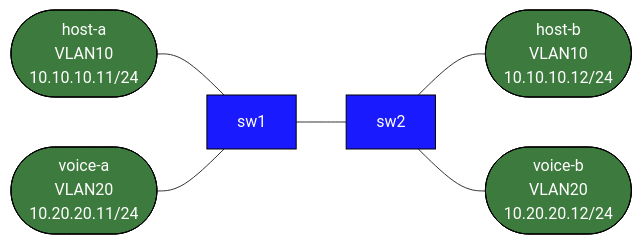
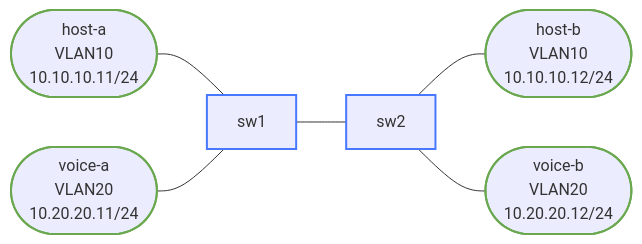
The diagram in labs/vlan-trunks-switchport-basics/README.md (jschless/networkingLabs), drawn with Mermaid before and after one commit. The commit also changed 250 other files, not shown here.

Commit message:
Fix unreadable topology diagrams, convert ASCII art, publish assessments (#57)

````diff
--- a/labs/vlan-trunks-switchport-basics/README.md
+++ b/labs/vlan-trunks-switchport-basics/README.md
@@ -20,20 +20,20 @@
 ```mermaid
 flowchart LR
-    ha(["host-a\nVLAN10\n10.10.10.11/24"])
-    va(["voice-a\nVLAN20\n10.20.20.11/24"])
+    ha(["host-a<br/>VLAN10<br/>10.10.10.11/24"])
+    va(["voice-a<br/>VLAN20<br/>10.20.20.11/24"])
     sw1["sw1"]
     sw2["sw2"]
-    hb(["host-b\nVLAN10\n10.10.10.12/24"])
-    vb(["voice-b\nVLAN20\n10.20.20.12/24"])
+    hb(["host-b<br/>VLAN10<br/>10.10.10.12/24"])
+    vb(["voice-b<br/>VLAN20<br/>10.20.20.12/24"])
 
     ha --- sw1
     va --- sw1
     sw1 --- sw2
     sw2 --- hb
     sw2 --- vb
 
-    classDef switch fill:#1a1aff,color:#fff,stroke:#000
-    classDef host fill:#3d7a3d,color:#fff,stroke:#000
+    classDef switch stroke:#4778ff,stroke-width:2px
+    classDef host stroke:#6aa84f,stroke-width:2px
     class sw1,sw2 switch
     class ha,va,hb,vb host
 ```
````
